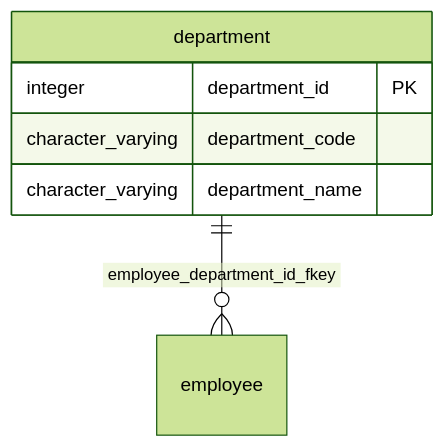
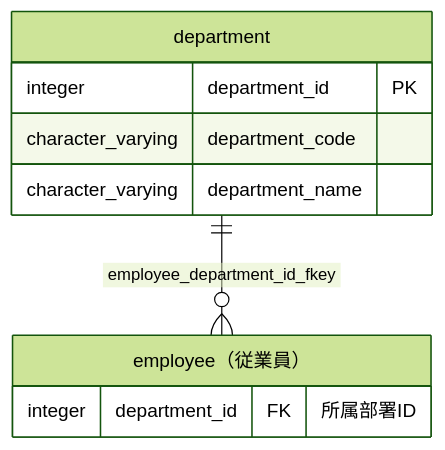
Before and after one commit to ebichan88/exportTableDefinition: the diagram in docs/sample/postgres/output/testdb/sample/table/department.md, drawn with Mermaid (forest theme). The commit also changed other lines of this file and 66 other files, not shown here.

First line of the commit message:
Show logical table names and relation columns in ER diagram boxes

````diff
--- a/docs/sample/postgres/output/testdb/sample/table/department.md
+++ b/docs/sample/postgres/output/testdb/sample/table/department.md
@@ -60,11 +60,14 @@
 ```mermaid
 erDiagram
     sample_department["department"]
-    sample_employee["employee"]
+    sample_employee["employee（従業員）"]
     sample_department ||--o{ sample_employee : "employee_department_id_fkey"
     sample_department {
         integer department_id PK
         character_varying department_code
         character_varying department_name
     }
+    sample_employee {
+        integer department_id FK "所属部署ID"
+    }
 ```
````
